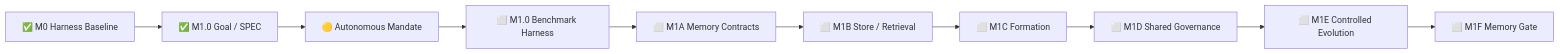
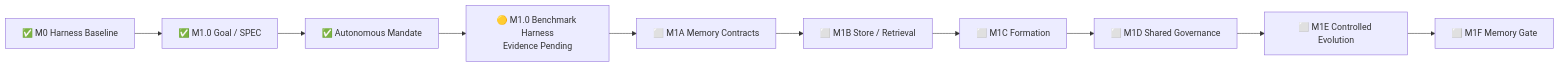
One commit to lsq1030757028/Pytest-playwright-e2e changed the diagram in docs/implementation-status.md. Above: the diagram before and after it, drawn with Mermaid. The commit also changed other lines of this file, not shown here.

Commit message:
Mark M1.0 benchmark harness implemented pending evidence

````diff
--- a/docs/implementation-status.md
+++ b/docs/implementation-status.md
@@ -35,13 +35,13 @@
 ```mermaid
 flowchart LR
     A[✅ M0 Harness Baseline]
     --> B[✅ M1.0 Goal / SPEC]
-    --> C[🟡 Autonomous Mandate]
-    --> D[⬜ M1.0 Benchmark Harness]
+    --> C[✅ Autonomous Mandate]
+    --> D[🟡 M1.0 Benchmark Harness<br/>Evidence Pending]
     --> E[⬜ M1A Memory Contracts]
     --> F[⬜ M1B Store / Retrieval]
     --> G[⬜ M1C Formation]
     --> H[⬜ M1D Shared Governance]
     --> I[⬜ M1E Controlled Evolution]
     --> J[⬜ M1F Memory Gate]
 ```
````
